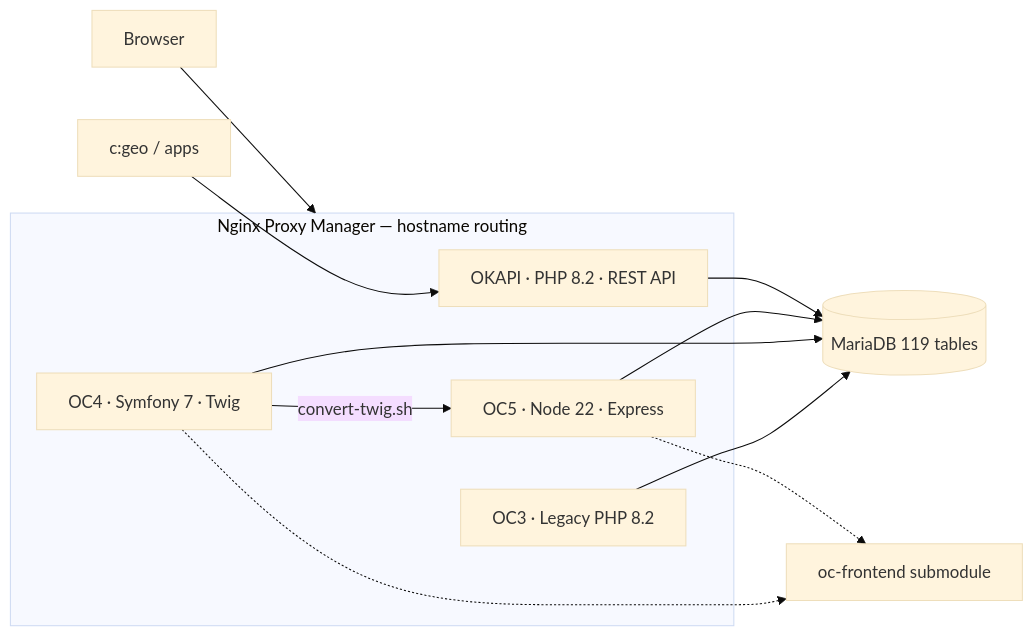
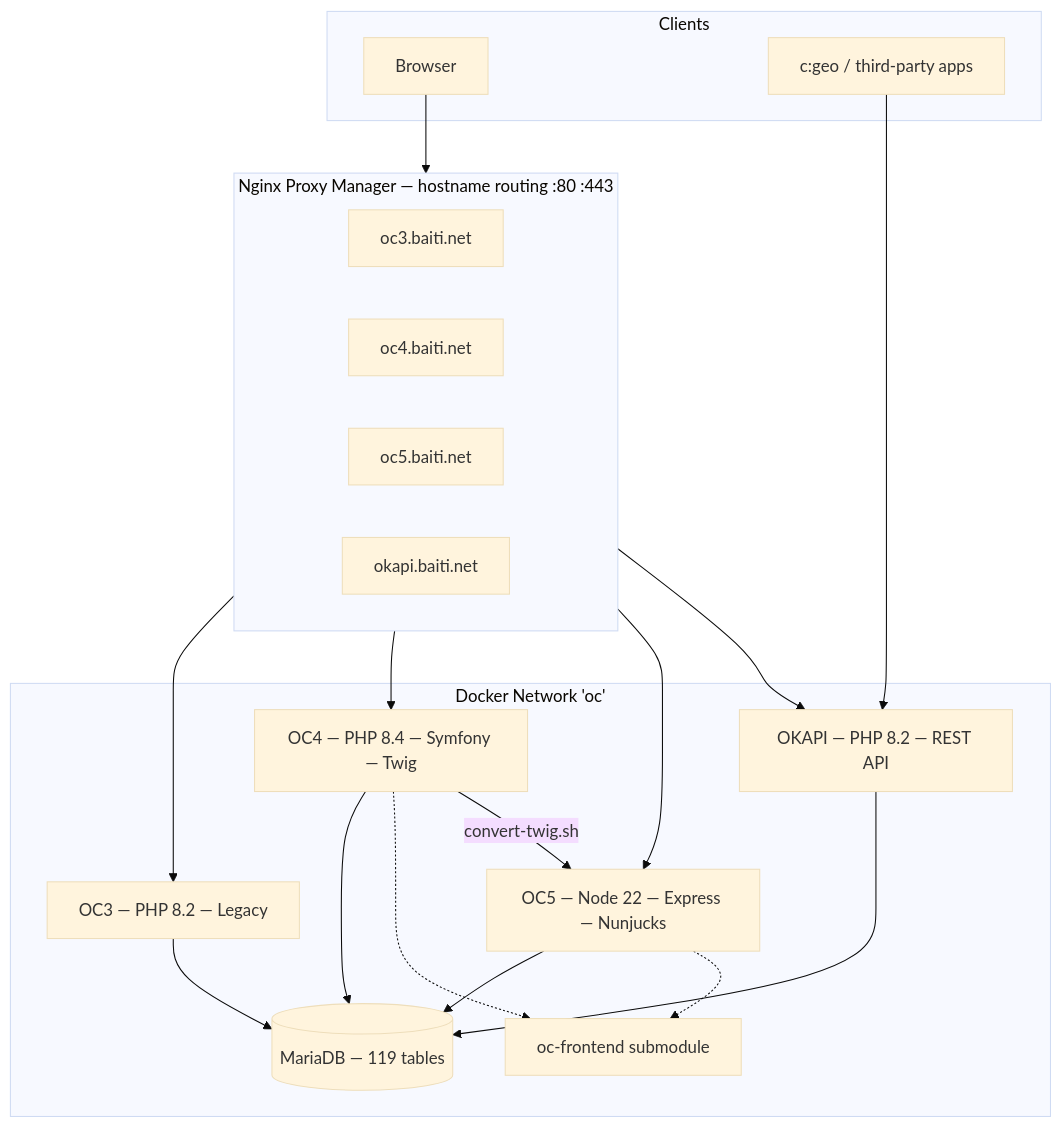
One commit to hxdimpf/oc5 changed the first of 4 diagrams in public/docs/architecture.md. Above: the diagram before and after it, drawn with Mermaid (base theme).

Commit message:
docs: sync — wider NPM, OKAPI next to OC3

````diff
--- a/public/docs/architecture.md
+++ b/public/docs/architecture.md
@@ -9,22 +9,34 @@
 ```mermaid
-flowchart LR
-    BROWSER[Browser]
-    CGEO[c:geo / apps]
-    BROWSER --> NPM
-    CGEO --> OKAPI
-    subgraph NPM[Nginx Proxy Manager — hostname routing]
-        OC3[OC3 · Legacy PHP 8.2]
-        OC4[OC4 · Symfony 7 · Twig]
-        OC5[OC5 · Node 22 · Express]
-        OKAPI[OKAPI · PHP 8.2 · REST API]
+flowchart TD
+    U[Browser] --> NPM
+    CGEO[c:geo / third-party apps] --> D
+    NPM --> A
+    NPM --> B
+    NPM --> C
+    NPM --> D
+    A --> E
+    B --> E
+    C --> E
+    D --> E
+    B -.-> F
+    C -.-> F
+    B -->|convert-twig.sh| C
+    subgraph Clients
+        U
+        CGEO
     end
-    OC3 --> DB
-    OC4 --> DB
-    OC5 --> DB
-    OKAPI --> DB
-    OC4 -.-> FRONTEND
-    OC5 -.-> FRONTEND
-    OC4 -->|convert-twig.sh| OC5
-    DB[(MariaDB 119 tables)]
-    FRONTEND[oc-frontend submodule]
+    subgraph NPM[Nginx Proxy Manager — hostname routing  :80 :443]
+        R1[oc3.baiti.net]
+        R2[oc4.baiti.net]
+        R3[oc5.baiti.net]
+        R4[okapi.baiti.net]
+    end
+    subgraph OC[Docker Network 'oc']
+        A[OC3 — PHP 8.2 — Legacy]
+        D[OKAPI — PHP 8.2 — REST API]
+        B[OC4 — PHP 8.4 — Symfony — Twig]
+        C[OC5 — Node 22 — Express — Nunjucks]
+        E[(MariaDB — 119 tables)]
+        F[oc-frontend submodule]
+    end
 ```
````
